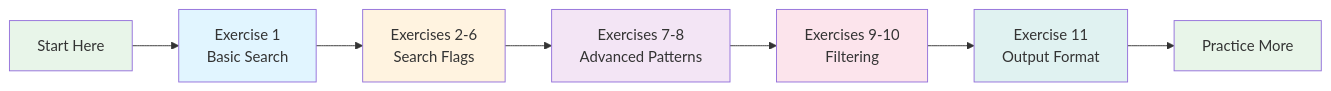
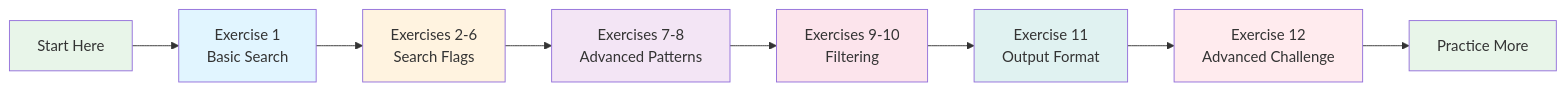
One commit to iepathos/ripgrep changed the first of 2 diagrams in docs/basics/practice.md. Above: the diagram before and after it, drawn with Mermaid. The commit also changed other lines of this file, not shown here.

First line of the commit message:
docs: enhance ripgrep page 'practice'

````diff
--- a/docs/basics/practice.md
+++ b/docs/basics/practice.md
@@ -10,27 +10,31 @@
 ```mermaid
 graph LR
     Start[Start Here] --> Basic["Exercise 1
     Basic Search"]
 
     Basic --> FlagsBox["Exercises 2-6
     Search Flags"]
 
     FlagsBox --> AdvBox["Exercises 7-8
     Advanced Patterns"]
 
     AdvBox --> FilterBox["Exercises 9-10
     Filtering"]
 
     FilterBox --> OutputBox["Exercise 11
     Output Format"]
 
-    OutputBox --> Practice[Practice More]
+    OutputBox --> Challenge["Exercise 12
+    Advanced Challenge"]
+
+    Challenge --> Practice[Practice More]
 
     style Start fill:#e8f5e9
     style Basic fill:#e1f5ff
     style FlagsBox fill:#fff3e0
     style AdvBox fill:#f3e5f5
     style FilterBox fill:#fce4ec
     style OutputBox fill:#e0f2f1
+    style Challenge fill:#ffebee
     style Practice fill:#e8f5e9
 ```
````
